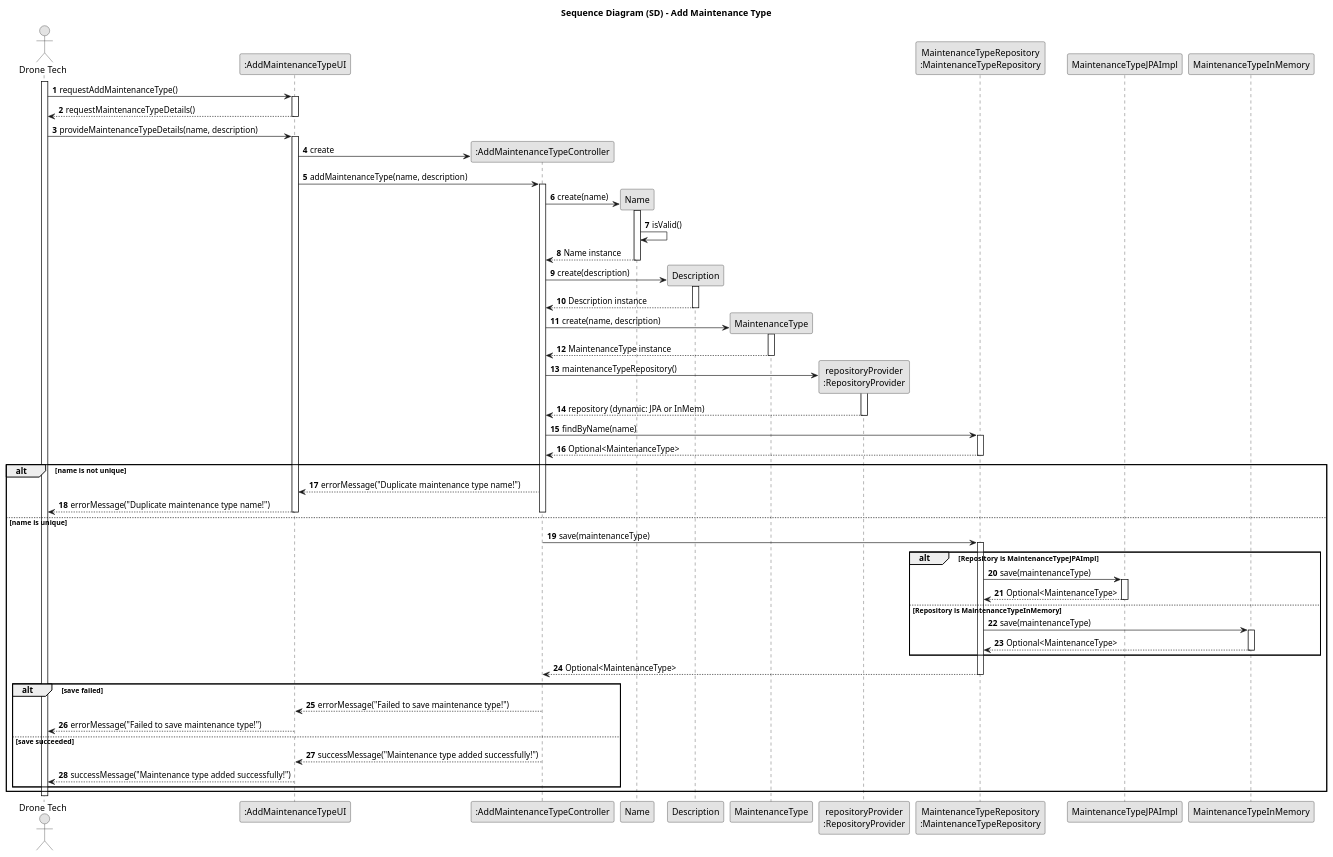
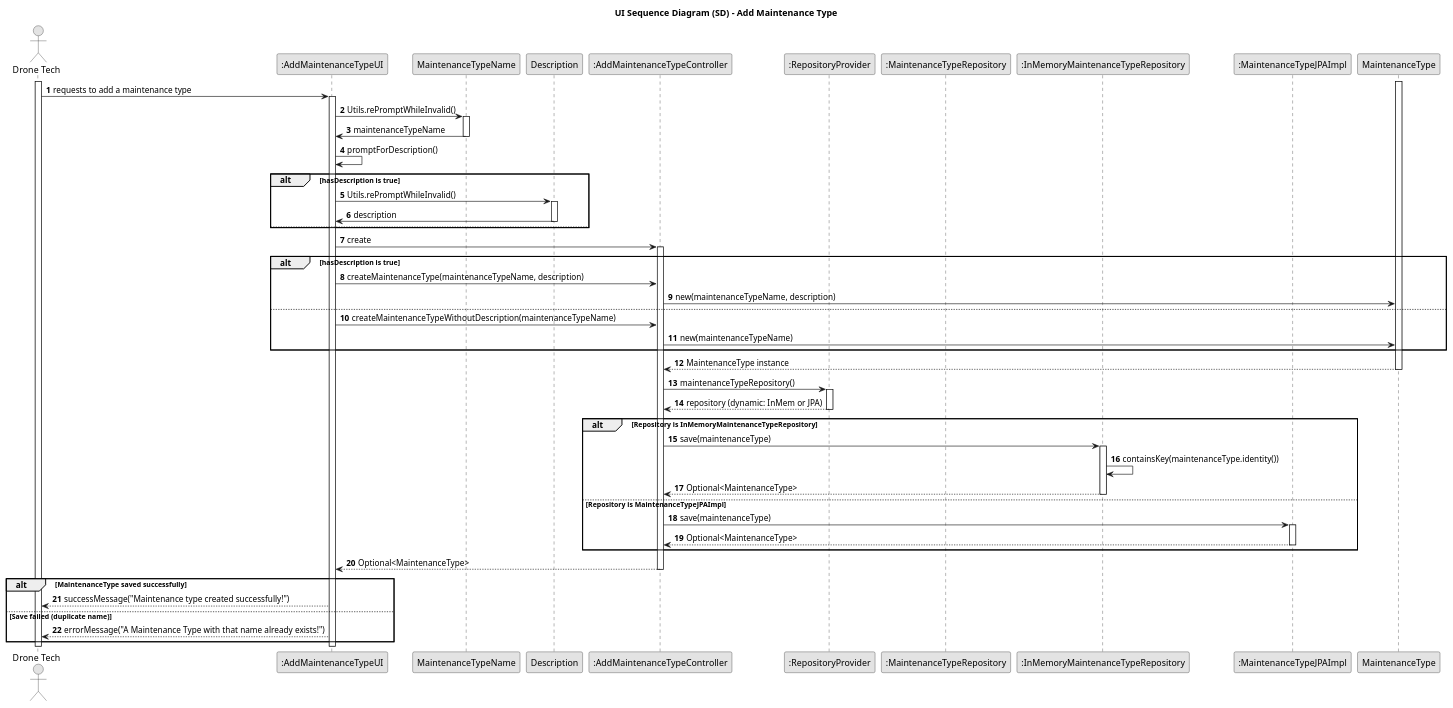
The diagram in docs/planning/sprint3/EAPLI/US321 - Add maintenance type/03.design/puml/us321-sequence-diagram-full.puml (SAEmanuel/Shodrone_ISEP), drawn with PlantUML before and after one commit. The commit also changed 1 other file, not shown here.

```diff
--- a/docs/planning/sprint3/EAPLI/US321 - Add maintenance type/03.design/puml/us321-sequence-diagram-full.puml
+++ b/docs/planning/sprint3/EAPLI/US321 - Add maintenance type/03.design/puml/us321-sequence-diagram-full.puml
@@ -1,95 +1,84 @@
 @startuml
 skinparam monochrome true
 skinparam packageStyle rectangle
 skinparam shadowing false
 
-title Sequence Diagram (SD) - Add Maintenance Type
+title UI Sequence Diagram (SD) - Add Maintenance Type
 
 autonumber
 
 actor "Drone Tech" as DT
 participant ":AddMaintenanceTypeUI" as UI
+participant "MaintenanceTypeName" as NameVO
+participant "Description" as DescVO
 participant ":AddMaintenanceTypeController" as CTRL
-participant "Name" as NameVO
-participant "Description" as DescVO
+participant ":RepositoryProvider" as Provider
+participant ":MaintenanceTypeRepository" as Repo
+participant ":InMemoryMaintenanceTypeRepository" as InMem
+participant ":MaintenanceTypeJPAImpl" as JPA
 participant "MaintenanceType" as MT
-participant "repositoryProvider\n:RepositoryProvider" as Provider
-participant "MaintenanceTypeRepository\n:MaintenanceTypeRepository" as Repo
-participant "MaintenanceTypeJPAImpl" as JPA
-participant "MaintenanceTypeInMemory" as InMem
 
 activate DT
 
-DT -> UI: requestAddMaintenanceType()
+DT -> UI: requests to add a maintenance type
 activate UI
-UI --> DT: requestMaintenanceTypeDetails()
-deactivate UI
 
-DT -> UI: provideMaintenanceTypeDetails(name, description)
-activate UI
-UI -> CTRL **: create
-UI -> CTRL: addMaintenanceType(name, description)
-activate CTRL
-
-CTRL -> NameVO **: create(name)
+UI -> NameVO : Utils.rePromptWhileInvalid()
 activate NameVO
-NameVO -> NameVO: isValid()
-NameVO --> CTRL: Name instance
+NameVO -> UI: maintenanceTypeName
 deactivate NameVO
 
-CTRL -> DescVO **: create(description)
-activate DescVO
-DescVO --> CTRL: Description instance
-deactivate DescVO
+UI -> UI: promptForDescription()
+alt hasDescription is true
+    UI -> DescVO : Utils.rePromptWhileInvalid()
+    activate DescVO
+    DescVO -> UI: description
+    deactivate DescVO
+else
+    note right: skips description
+end
 
-CTRL -> MT **: create(name, description)
+UI -> CTRL : create
+activate CTRL
+alt hasDescription is true
+    UI -> CTRL: createMaintenanceType(maintenanceTypeName, description)
+    CTRL -> MT : new(maintenanceTypeName, description)
+else
+    UI -> CTRL: createMaintenanceTypeWithoutDescription(maintenanceTypeName)
+    CTRL -> MT : new(maintenanceTypeName)
+end
 activate MT
 MT --> CTRL: MaintenanceType instance
 deactivate MT
 
-CTRL -> Provider **: maintenanceTypeRepository()
+CTRL -> Provider : maintenanceTypeRepository()
 activate Provider
-Provider --> CTRL: repository (dynamic: JPA or InMem)
+Provider --> CTRL: repository (dynamic: InMem or JPA)
 deactivate Provider
 
-CTRL -> Repo: findByName(name)
-activate Repo
-Repo --> CTRL: Optional<MaintenanceType>
-deactivate Repo
-
-alt name is not unique
-    CTRL --> UI: errorMessage("Duplicate maintenance type name!")
-    UI --> DT: errorMessage("Duplicate maintenance type name!")
-    deactivate CTRL
-    deactivate UI
-else name is unique
-    CTRL -> Repo: save(maintenanceType)
-    activate Repo
-    alt Repository is MaintenanceTypeJPAImpl
-        Repo -> JPA: save(maintenanceType)
-        activate JPA
-        JPA --> Repo: Optional<MaintenanceType>
-        deactivate JPA
-    else Repository is MaintenanceTypeInMemory
-        Repo -> InMem: save(maintenanceType)
-        activate InMem
-        InMem --> Repo: Optional<MaintenanceType>
-        deactivate InMem
-    end
-    Repo --> CTRL: Optional<MaintenanceType>
-    deactivate Repo
-
-    alt save failed
-        CTRL --> UI: errorMessage("Failed to save maintenance type!")
-        UI --> DT: errorMessage("Failed to save maintenance type!")
-    else save succeeded
-        CTRL --> UI: successMessage("Maintenance type added successfully!")
-        UI --> DT: successMessage("Maintenance type added successfully!")
-    end
+alt Repository is InMemoryMaintenanceTypeRepository
+    CTRL -> InMem: save(maintenanceType)
+    activate InMem
+    InMem -> InMem: containsKey(maintenanceType.identity())
+    InMem --> CTRL: Optional<MaintenanceType>
+    deactivate InMem
+else Repository is MaintenanceTypeJPAImpl
+    CTRL -> JPA: save(maintenanceType)
+    activate JPA
+    JPA --> CTRL: Optional<MaintenanceType>
+    deactivate JPA
 end
 
+CTRL --> UI: Optional<MaintenanceType>
 deactivate CTRL
+
+alt MaintenanceType saved successfully
+    UI --> DT: successMessage("Maintenance type created successfully!")
+else Save failed (duplicate name)
+    UI --> DT: errorMessage("A Maintenance Type with that name already exists!")
+end
+
 deactivate UI
 deactivate DT
 
 @enduml
```
